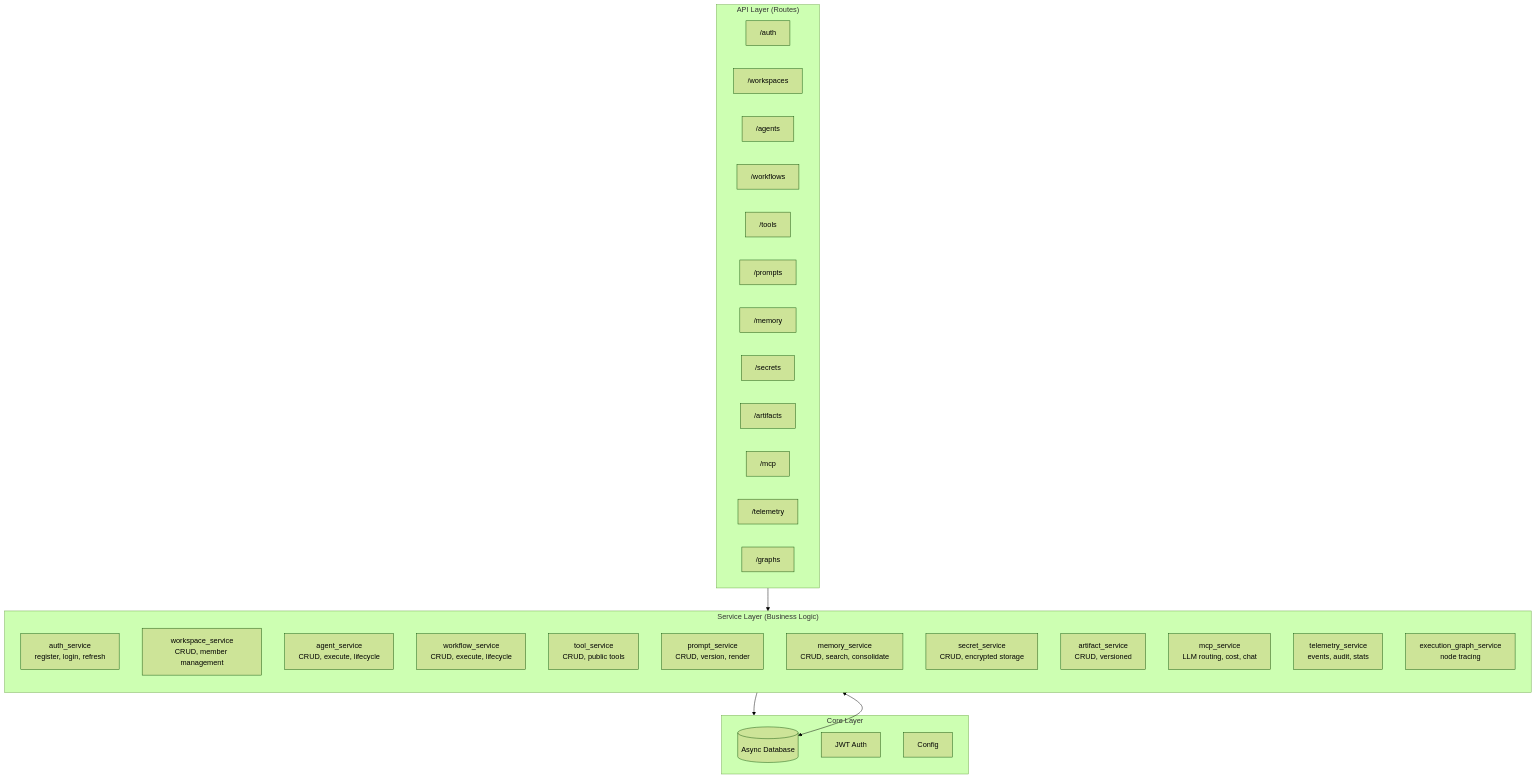
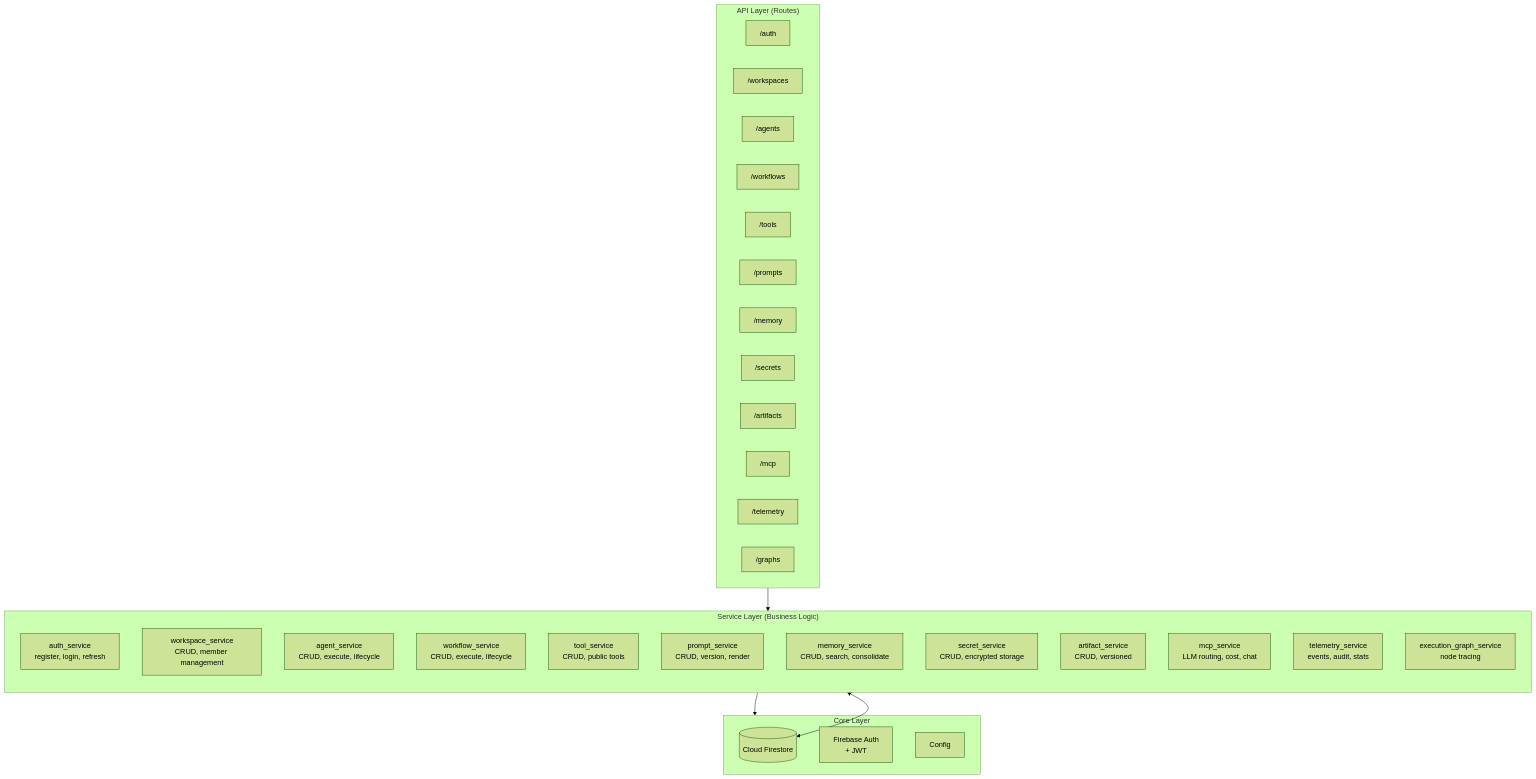
The fourth of 10 diagrams in ARCHITECTURE.md (bunnysayzz/AgentOS), drawn with Mermaid (forest theme) before and after one commit. The commit also changed other lines of this file, not shown here.

Commit message:
docs: purge old PostgreSQL/Aiven architecture from ARCHITECTURE.md

````diff
--- a/ARCHITECTURE.md
+++ b/ARCHITECTURE.md
@@ -349,44 +350,44 @@
 ```mermaid
 graph TB
     subgraph API["API Layer (Routes)"]
         direction LR
         AUTH_R["/auth"]
         WS_R["/workspaces"]
         AG_R["/agents"]
         WF_R["/workflows"]
         T_R["/tools"]
         P_R["/prompts"]
         M_R["/memory"]
         S_R["/secrets"]
         AR_R["/artifacts"]
         MCP_R["/mcp"]
         TEL_R["/telemetry"]
         EG_R["/graphs"]
     end
 
     subgraph Services["Service Layer (Business Logic)"]
         direction TB
         AS[auth_service<br/>register, login, refresh]
         WS_S[workspace_service<br/>CRUD, member management]
         AGS_S[agent_service<br/>CRUD, execute, lifecycle]
         WFS_S[workflow_service<br/>CRUD, execute, lifecycle]
         TS_S[tool_service<br/>CRUD, public tools]
         PS_S[prompt_service<br/>CRUD, version, render]
         MS_S[memory_service<br/>CRUD, search, consolidate]
         SS_S[secret_service<br/>CRUD, encrypted storage]
         ARS_S[artifact_service<br/>CRUD, versioned]
         MCP_S[mcp_service<br/>LLM routing, cost, chat]
         TELS_S[telemetry_service<br/>events, audit, stats]
         EGS_S[execution_graph_service<br/>node tracing]
     end
 
     subgraph Core["Core Layer"]
-        DB[(Async Database)]
-        JWT[JWT Auth]
+        DB[(Cloud Firestore)]
+        JWT[Firebase Auth<br/>+ JWT]
         CFG[Config]
     end
 
     API --> Services
     Services --> Core
     Services <--> DB
 ```
````
